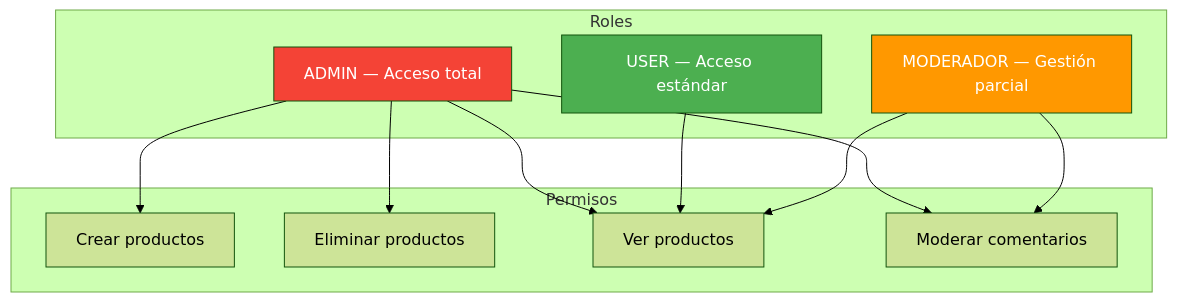
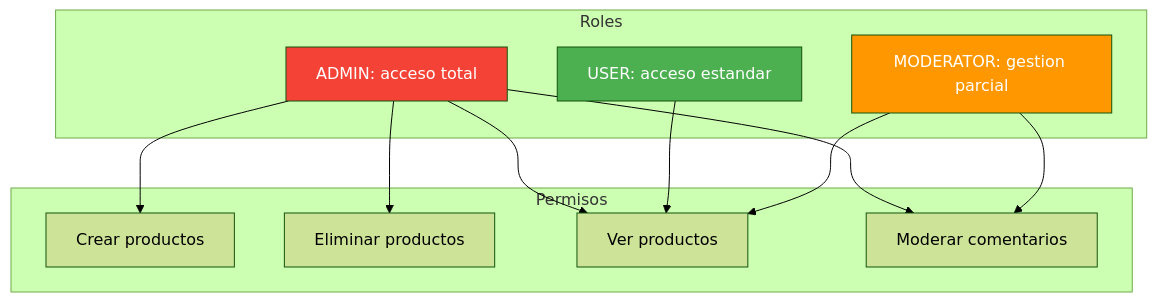
The third of 9 diagrams in 17-autorizacion.md (joseluisgs/DesarrolloWebEntornosServidor-02-2026-2027), drawn with Mermaid (forest theme) before and after one commit. The commit also changed other lines of this file and 1 other file, not shown here.

First line of the commit message:
[fix] UD02: Temas 16 y 17 reescritos con Mermaid corregido y texto explicativo

````diff
--- a/17-autorizacion.md
+++ b/17-autorizacion.md
@@ -128,27 +139,27 @@
 ```mermaid
 flowchart TD
     subgraph "Roles"
-        ADMIN["ADMIN — Acceso total"]
-        USER["USER — Acceso estándar"]
-        MOD["MODERADOR — Gestión parcial"]
+        ADMIN["ADMIN: acceso total"]
+        USER["USER: acceso estandar"]
+        MOD["MODERATOR: gestion parcial"]
     end
 
     subgraph "Permisos"
         P1["Crear productos"]
         P2["Eliminar productos"]
         P3["Ver productos"]
         P4["Moderar comentarios"]
     end
 
     ADMIN --> P1
     ADMIN --> P2
     ADMIN --> P3
     ADMIN --> P4
     USER --> P3
     MOD --> P3
     MOD --> P4
 
     style ADMIN fill:#f44336,color:#fff
     style USER fill:#4CAF50,color:#fff
     style MOD fill:#FF9800,color:#fff
 ```
````
